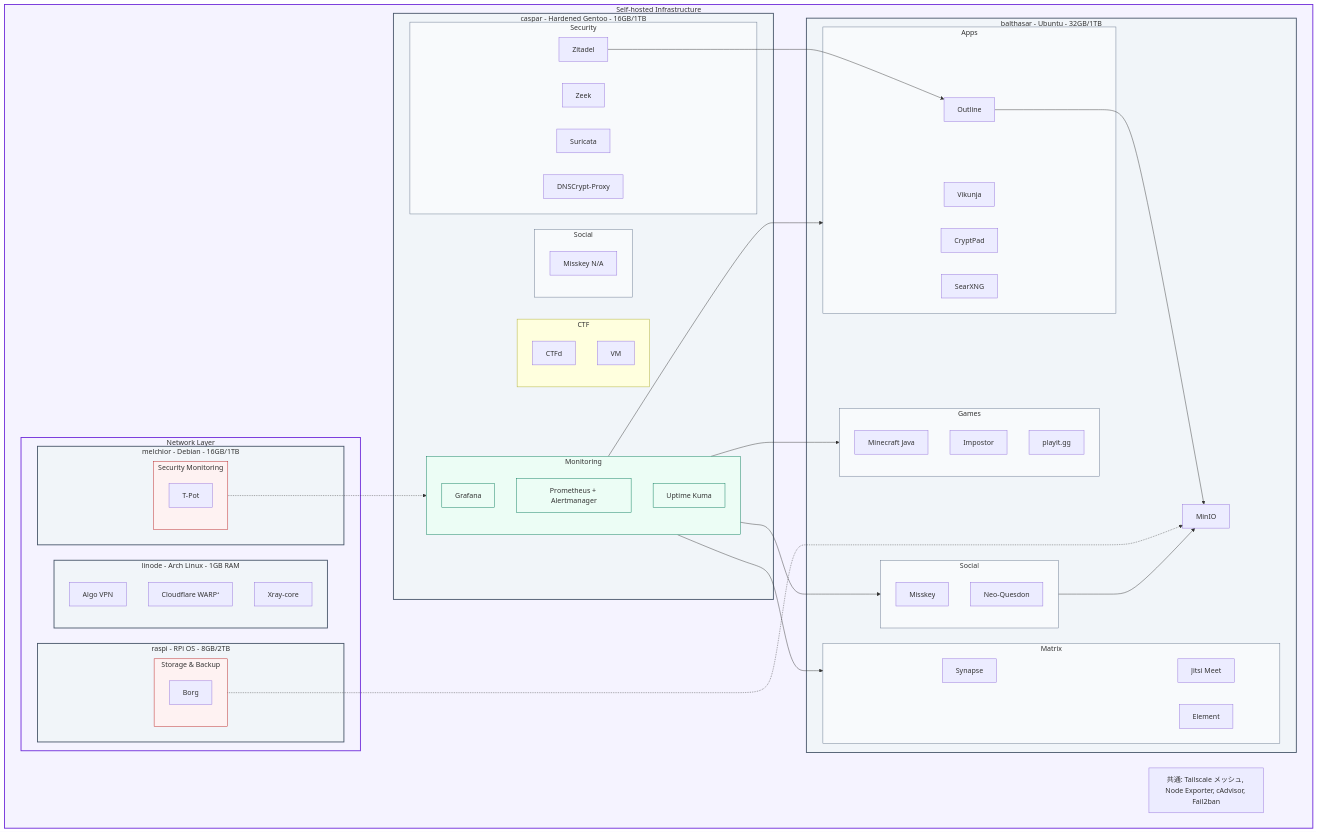
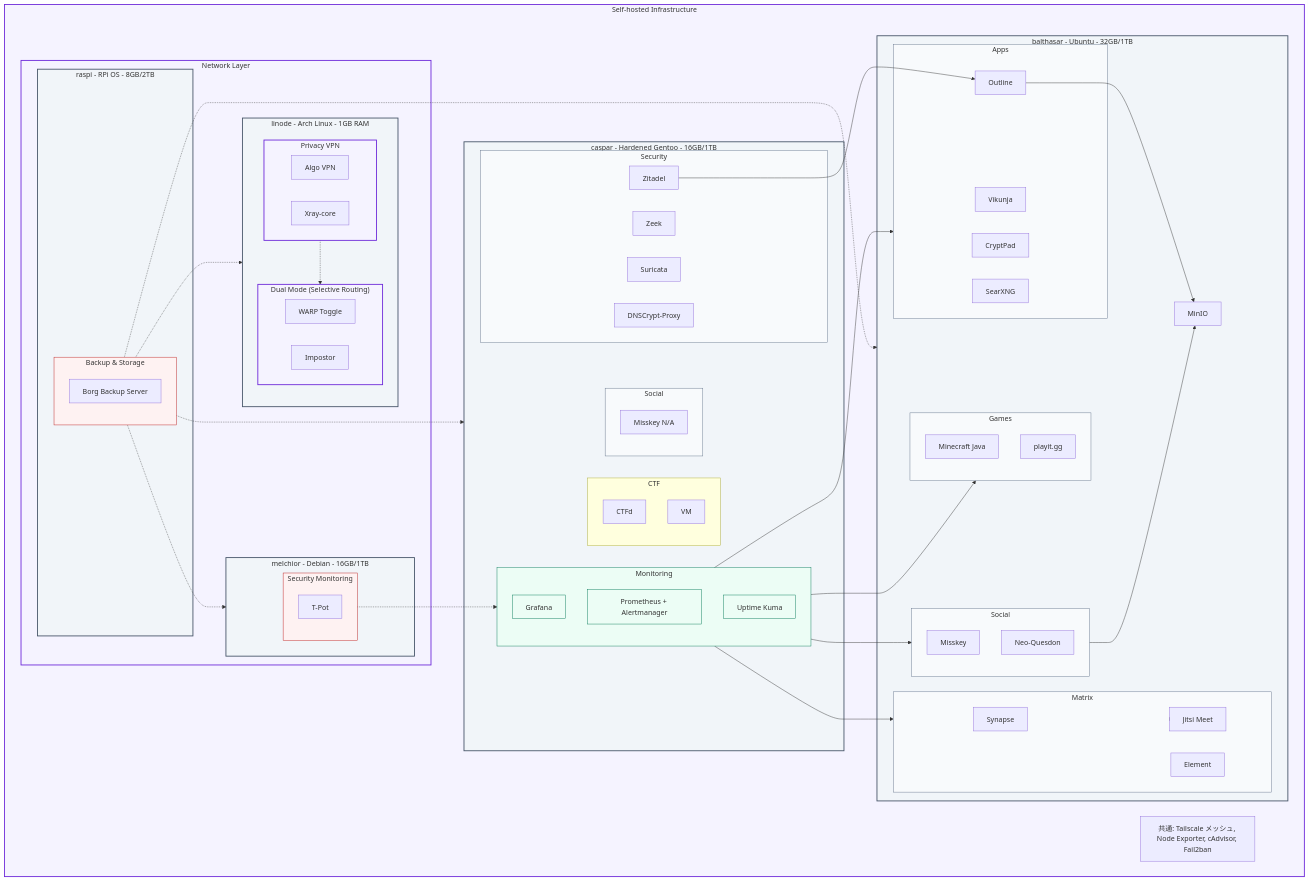
The diagram in README.md (yamisskey-dev/hosted-list), drawn with Mermaid before and after one commit.

````diff
--- a/README.md
+++ b/README.md
@@ -50,16 +50,20 @@
         end
         subgraph games[Games]
             minecraft[Minecraft Java]
-            impostor[Impostor]
             playig[playit.gg]
         end
     end
     
     subgraph network_layer[Network Layer]
         subgraph linode["linode - Arch Linux - 1GB RAM"]
-            algo[Algo VPN]
-            warp[Cloudflare WARP⁺]
-            xray[Xray-core]
+            subgraph privacy_vpn[Privacy VPN]
+                algo[Algo VPN]
+                xray[Xray-core]
+            end
+            subgraph dual_mode["Dual Mode (Selective Routing)"]
+                warp_toggle[WARP Toggle]
+                impostor[Impostor]
+            end
         end
         
         subgraph melchior[melchior - Debian - 16GB/1TB]
@@ -69,29 +73,28 @@
         end
         
         subgraph raspi[raspi - RPi OS - 8GB/2TB]
-            subgraph storage[Storage & Backup]
-                borgbackup[Borg]
+            subgraph backup[Backup & Storage]
+                borgbackup[Borg Backup Server]
             end
         end
     end
-
 %% Dependencies
 zitadel --> outline
 nsm -.-> monitoring
-storage -.-> minio
+backup -.-> balthasar & caspar & melchior & linode
 monitoring --> social & matrix & apps & games
 social --> minio
 outline --> minio
 matrix --> jitsi
-
+privacy_vpn -.-> dual_mode
 %% Note
 note["共通: Tailscale メッシュ, Node Exporter, cAdvisor, Fail2ban"]
 end
-
 %% Apply styles
 class caspar,balthasar,melchior,linode,raspi homeServer
 class security,social,social_caspar,matrix,apps,games service
 class monitoring,prometheus,grafana,uptime monitoring
-class nsm,storage security
+class nsm,backup security
+class privacy_vpn,dual_mode network
 class tailscale,network_layer network
 ```
````
